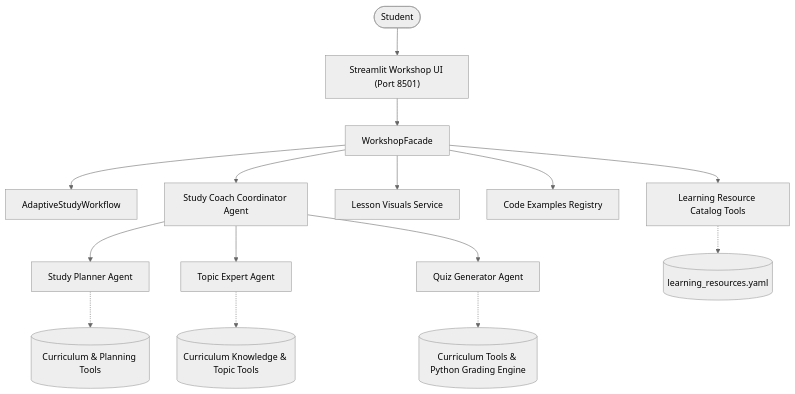
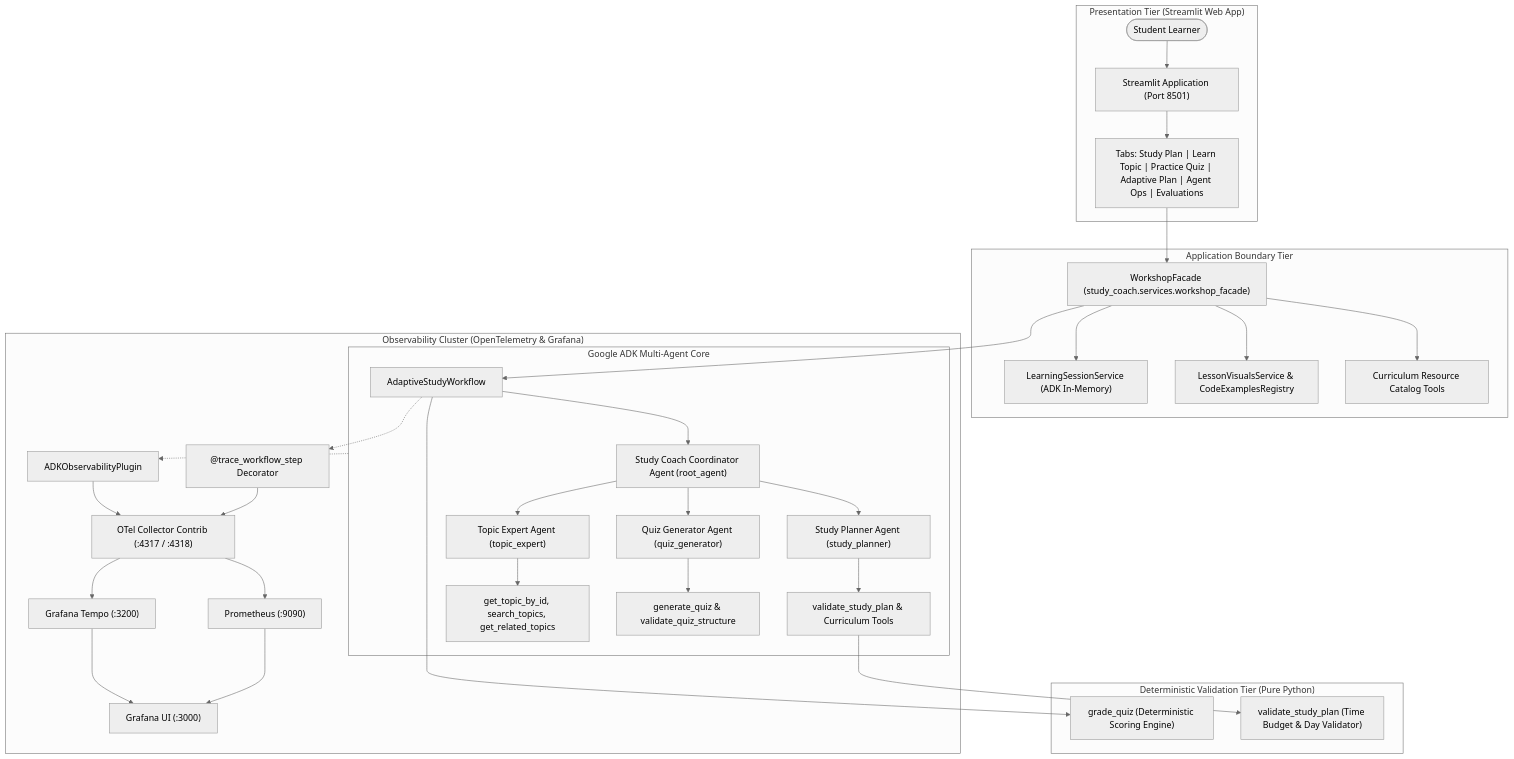
One commit to harshjangid1015/gemini-adk-study-coach-lab changed the first of 2 diagrams in docs/architecture.md. Above: the diagram before and after it, drawn with Mermaid (neutral theme). The commit also changed other lines of this file and 12 other files, not shown here.

Commit message:
docs(m8): prepare workshop-ready Study Coach release

````diff
--- a/docs/architecture.md
+++ b/docs/architecture.md
@@ -3,19 +9,42 @@
 ```mermaid
 graph TD
-    User([Student]) --> UI["Streamlit Workshop UI (Port 8501)"]
-    UI --> Facade["WorkshopFacade"]
-    Facade --> Workflow["AdaptiveStudyWorkflow"]
-    Facade --> Coordinator["Study Coach Coordinator Agent"]
-    Facade --> Visuals["Lesson Visuals Service"]
-    Facade --> Examples["Code Examples Registry"]
-    Facade --> ResTools["Learning Resource Catalog Tools"]
-    
-    Coordinator --> Planner["Study Planner Agent"]
-    Coordinator --> Expert["Topic Expert Agent"]
-    Coordinator --> Quiz["Quiz Generator Agent"]
-    
-    Planner -.-> Profile[("Curriculum & Planning Tools")]
-    Expert -.-> Docs[("Curriculum Knowledge & Topic Tools")]
-    Quiz -.-> QBank[("Curriculum Tools & Python Grading Engine")]
-    ResTools -.-> Catalog[("learning_resources.yaml")]
+    subgraph ClientTier ["Presentation Tier (Streamlit Web App)"]
+        User([Student Learner]) --> WebUI["Streamlit Application (Port 8501)"]
+        WebUI --> NavTabs["Tabs: Study Plan | Learn Topic | Practice Quiz | Adaptive Plan | Agent Ops | Evaluations"]
+    end
+
+    subgraph ServiceTier ["Application Boundary Tier"]
+        NavTabs --> Facade["WorkshopFacade (study_coach.services.workshop_facade)"]
+        Facade --> SessionSvc["LearningSessionService (ADK In-Memory)"]
+        Facade --> VisualsSvc["LessonVisualsService & CodeExamplesRegistry"]
+        Facade --> ResourceTools["Curriculum Resource Catalog Tools"]
+    end
+
+    subgraph AgentTier ["Google ADK Multi-Agent Core"]
+        Facade --> Workflow["AdaptiveStudyWorkflow"]
+        Workflow --> Coordinator["Study Coach Coordinator Agent (root_agent)"]
+        Coordinator --> Planner["Study Planner Agent (study_planner)"]
+        Coordinator --> Expert["Topic Expert Agent (topic_expert)"]
+        Coordinator --> Quizzer["Quiz Generator Agent (quiz_generator)"]
+        
+        Planner --> PlannerTools["validate_study_plan & Curriculum Tools"]
+        Expert --> ExpertTools["get_topic_by_id, search_topics, get_related_topics"]
+        Quizzer --> QuizzerTools["generate_quiz & validate_quiz_structure"]
+    end
+
+    subgraph DeterministicTier ["Deterministic Validation Tier (Pure Python)"]
+        Workflow --> GradingEngine["grade_quiz (Deterministic Scoring Engine)"]
+        PlannerTools --> PlanValidator["validate_study_plan (Time Budget & Day Validator)"]
+    end
+
+    subgraph TelemetryTier ["Observability Cluster (OpenTelemetry & Grafana)"]
+        AgentTier -.-> OTelPlugin["ADKObservabilityPlugin"]
+        Workflow -.-> WorkflowTracer["@trace_workflow_step Decorator"]
+        OTelPlugin --> Collector["OTel Collector Contrib (:4317 / :4318)"]
+        WorkflowTracer --> Collector
+        Collector --> Tempo["Grafana Tempo (:3200)"]
+        Collector --> Prometheus["Prometheus (:9090)"]
+        Tempo --> Grafana["Grafana UI (:3000)"]
+        Prometheus --> Grafana
+    end
 ```
````
